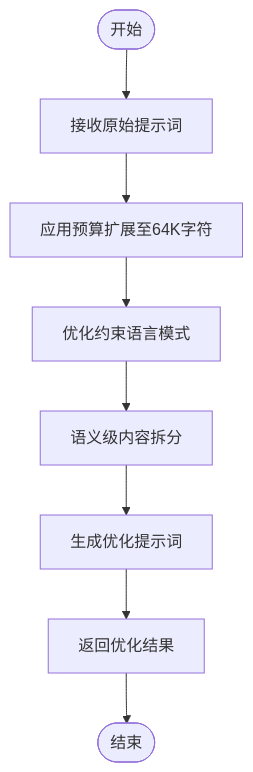
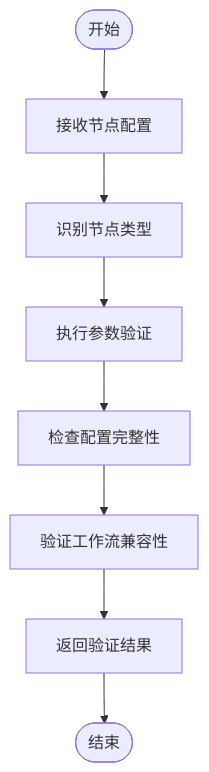
The fourth of 8 diagrams in .qoder/repowiki/zh/content/API参考/导演系统API/导演系统API.md (scottcwy/PurpleInk), drawn with Mermaid before and after one commit. The commit also changed other lines of this file and 29 other files, not shown here.

````diff
--- a/.qoder/repowiki/zh/content/API参考/导演系统API/导演系统API.md
+++ b/.qoder/repowiki/zh/content/API参考/导演系统API/导演系统API.md
@@ -303,10 +297,10 @@
 ```mermaid
 flowchart TD
-Start(["开始"]) --> ReceivePrompt["接收原始提示词"]
-ReceivePrompt --> ApplyBudget["应用预算扩展至64K字符"]
-ApplyBudget --> OptimizeLanguage["优化约束语言模式"]
-OptimizeLanguage --> SemanticSplit["语义级内容拆分"]
-SemanticSplit --> GenerateOptimized["生成优化提示词"]
-GenerateOptimized --> ReturnPrompt["返回优化结果"]
-ReturnPrompt --> End(["结束"])
+Start(["开始"]) --> ReceiveConfig["接收节点配置"]
+ReceiveConfig --> IdentifyType["识别节点类型"]
+IdentifyType --> ValidateParams["执行参数验证"]
+ValidateParams --> CheckCompleteness["检查配置完整性"]
+CheckCompleteness --> VerifyCompatibility["验证工作流兼容性"]
+VerifyCompatibility --> ReturnResult["返回验证结果"]
+ReturnResult --> End(["结束"])
 ```
````
